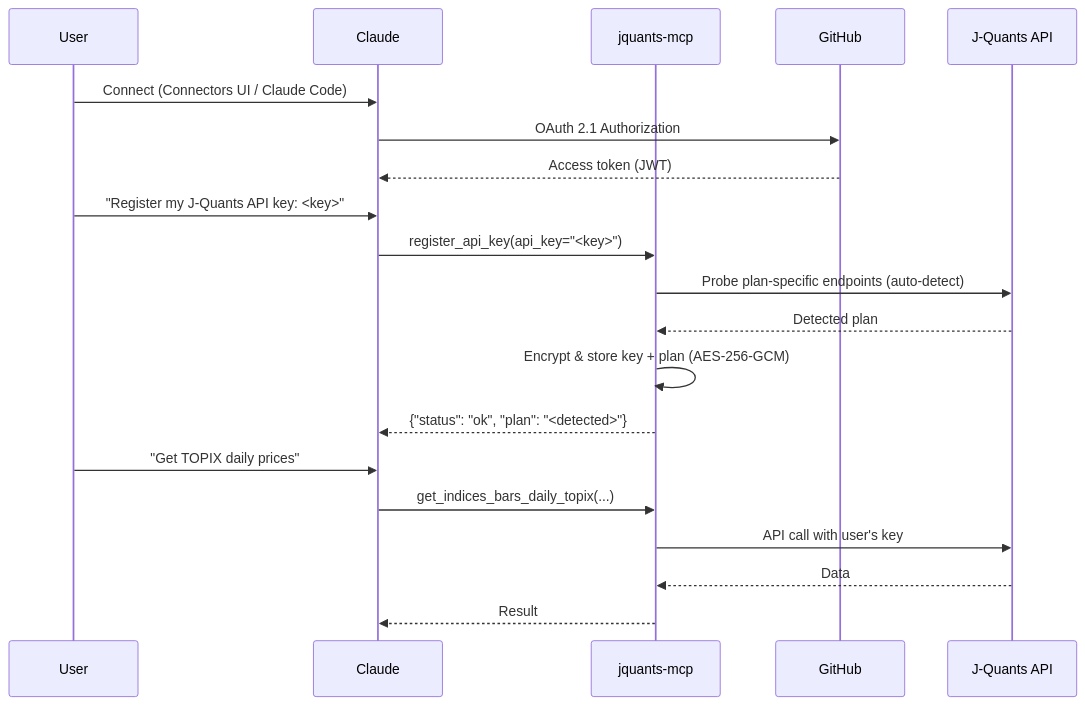
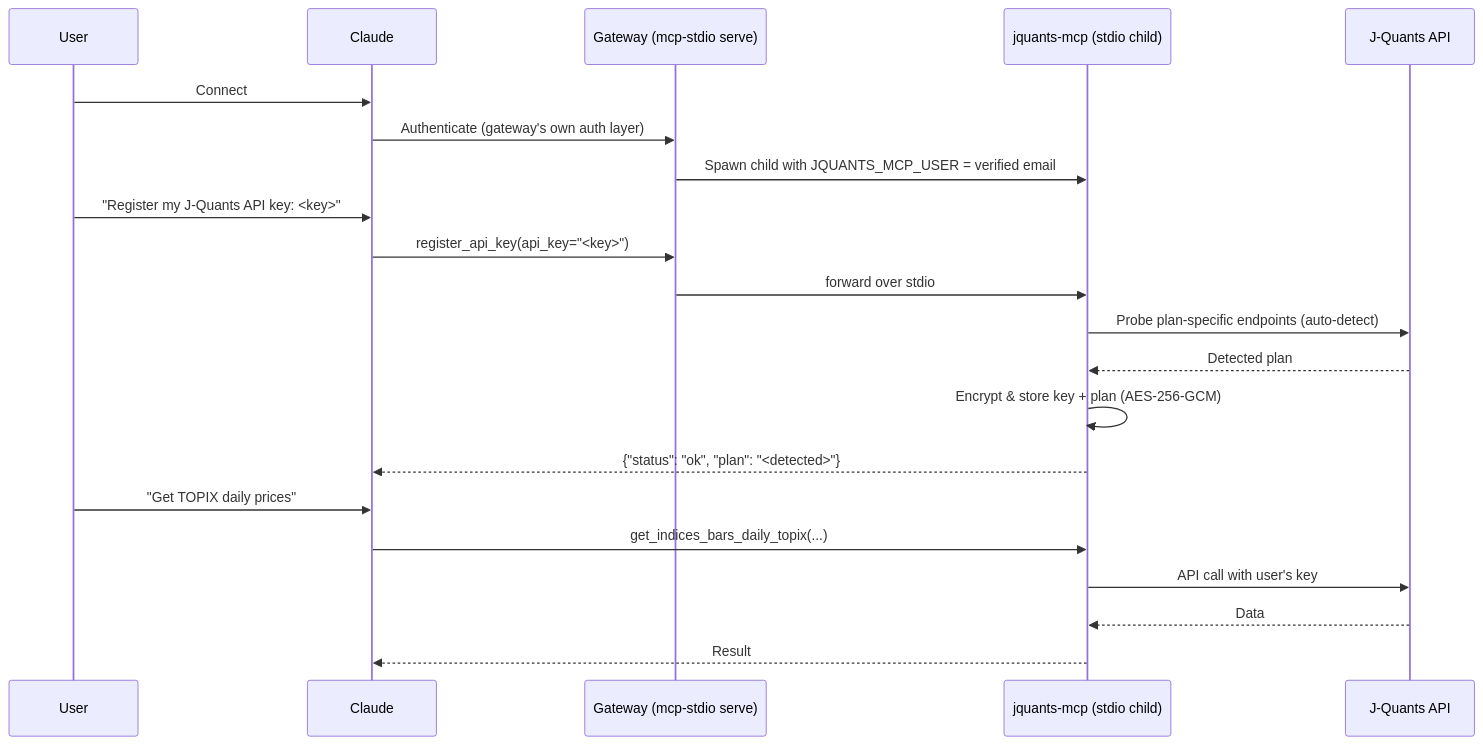
The first of 2 diagrams in README.md (shigechika/jquants-mcp), drawn with Mermaid before and after one commit. The commit also changed other lines of this file and 14 other files, not shown here.

````diff
--- a/README.md
+++ b/README.md
@@ -341,22 +178,23 @@
 ```mermaid
 sequenceDiagram
     participant U as User
     participant C as Claude
-    participant S as jquants-mcp
-    participant G as GitHub
+    participant G as Gateway (mcp-stdio serve)
+    participant S as jquants-mcp (stdio child)
     participant J as J-Quants API
-    U->>C: Connect (Connectors UI / Claude Code)
-    C->>G: OAuth 2.1 Authorization
-    G-->>C: Access token (JWT)
+    U->>C: Connect
+    C->>G: Authenticate (gateway's own auth layer)
+    G->>S: Spawn child with JQUANTS_MCP_USER = verified email
     U->>C: "Register my J-Quants API key: <key>"
-    C->>S: register_api_key(api_key="<key>")
+    C->>G: register_api_key(api_key="<key>")
+    G->>S: forward over stdio
     S->>J: Probe plan-specific endpoints (auto-detect)
     J-->>S: Detected plan
     S->>S: Encrypt & store key + plan (AES-256-GCM)
     S-->>C: {"status": "ok", "plan": "<detected>"}
     U->>C: "Get TOPIX daily prices"
     C->>S: get_indices_bars_daily_topix(...)
     S->>J: API call with user's key
     J-->>S: Data
     S-->>C: Result
 ```
````
